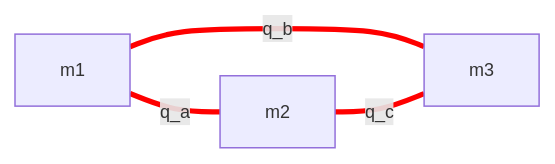
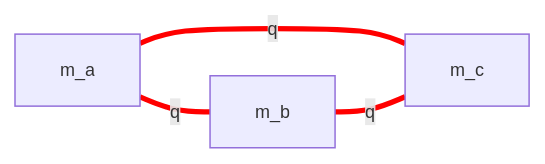
One commit to gotchoices/forma changed the first of 2 diagrams in projects/ma-domain/work/quark-configs.md. Above: the diagram before and after it, drawn with Mermaid. The commit also changed other lines of this file and 2 other files, not shown here.

````diff
--- a/projects/ma-domain/work/quark-configs.md
+++ b/projects/ma-domain/work/quark-configs.md
@@ -13,13 +15,13 @@
 ```mermaid
 %%{init: { "flowchart": { "nodeSpacing": 25, "rankSpacing": 40, "curve": "basis" }, "themeVariables": { "fontSize": "12px" } } }%%
 graph LR
-    m1[m1]
-    m2[m2]
-    m3[m3]
+    ma[m_a]
+    mb[m_b]
+    mc[m_c]
 
     %% --- quark sector (red, no arrows — see §QD.2 for why no clean tube/ring) ---
-    m1 ===|q_a| m2
-    m1 ===|q_b| m3
-    m2 ===|q_c| m3
+    ma ===|q| mb
+    ma ===|q| mc
+    mb ===|q| mc
     linkStyle 0,1,2 stroke:red
 ```
````
